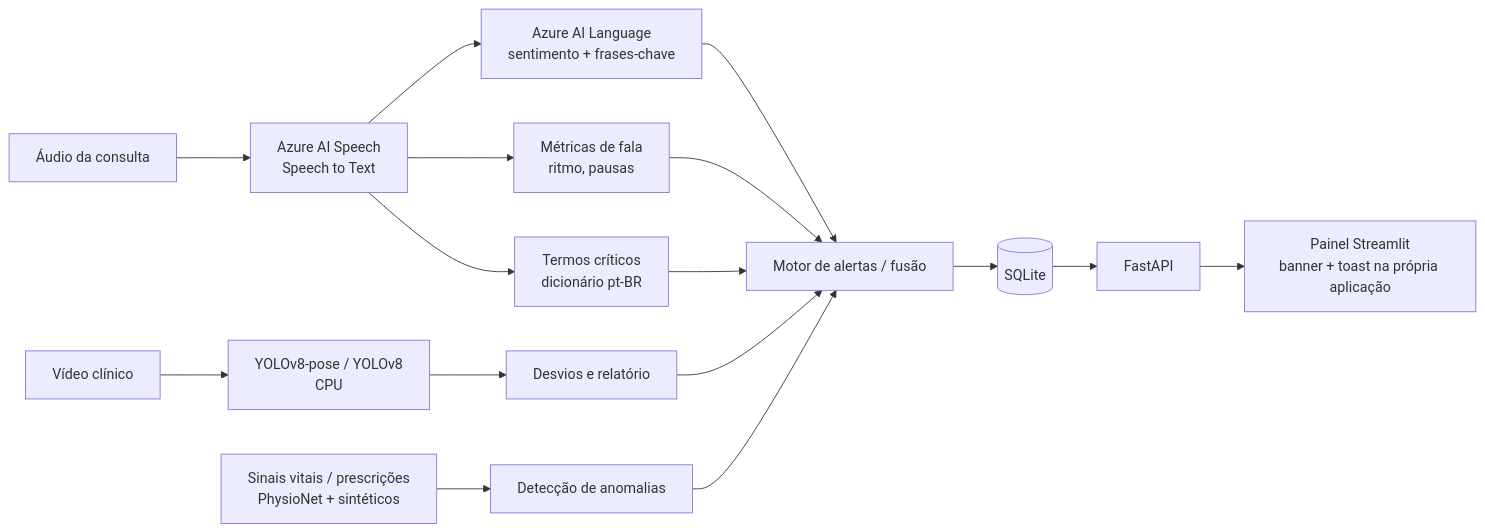
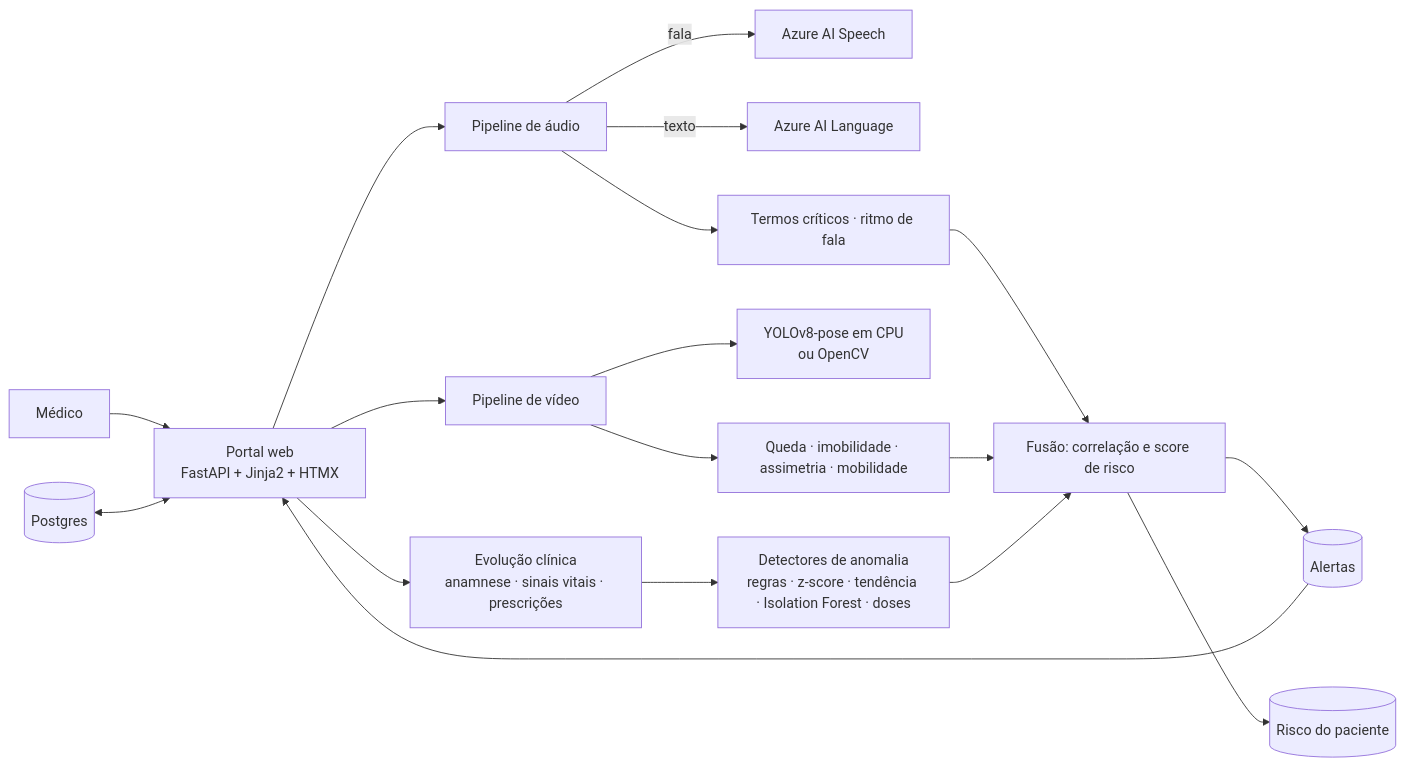
The diagram in docs/architecture.md (bschoola/AI-fiap-techchallenge-fase4), drawn with Mermaid before and after one commit. The commit also changed other lines of this file and 103 other files, not shown here.

````diff
--- a/docs/architecture.md
+++ b/docs/architecture.md
@@ -5,13 +3,20 @@
 ```mermaid
 flowchart LR
-    A[Áudio da consulta] --> S[Azure AI Speech\nSpeech to Text]
-    S --> L[Azure AI Language\nsentimento + frases-chave]
-    S --> M[Métricas de fala\nritmo, pausas]
-    S --> T[Termos críticos\ndicionário pt-BR]
-    V[Vídeo clínico] --> Y[YOLOv8-pose / YOLOv8\nCPU] --> D[Desvios e relatório]
-    P[Sinais vitais / prescrições\nPhysioNet + sintéticos] --> AN[Detecção de anomalias]
-    L & M & T & D & AN --> E[Motor de alertas / fusão]
-    E --> DB[(SQLite)]
-    DB --> API[FastAPI]
-    API --> UI[Painel Streamlit\nbanner + toast na própria aplicação]
+    M[Médico] --> W[Portal web<br/>FastAPI + Jinja2 + HTMX]
+    W --> A[Pipeline de áudio]
+    W --> V[Pipeline de vídeo]
+    W --> E[Evolução clínica<br/>anamnese · sinais vitais · prescrições]
+    A -->|fala| SP[Azure AI Speech]
+    A -->|texto| LG[Azure AI Language]
+    A --> T[Termos críticos · ritmo de fala]
+    V --> Y[YOLOv8-pose em CPU<br/>ou OpenCV]
+    V --> EV[Queda · imobilidade · assimetria · mobilidade]
+    E --> AN[Detectores de anomalia<br/>regras · z-score · tendência · Isolation Forest · doses]
+    T --> F[Fusão: correlação e score de risco]
+    EV --> F
+    AN --> F
+    F --> AL[(Alertas)]
+    F --> R[(Risco do paciente)]
+    AL --> W
+    DB[(Postgres)] <--> W
 ```
````
